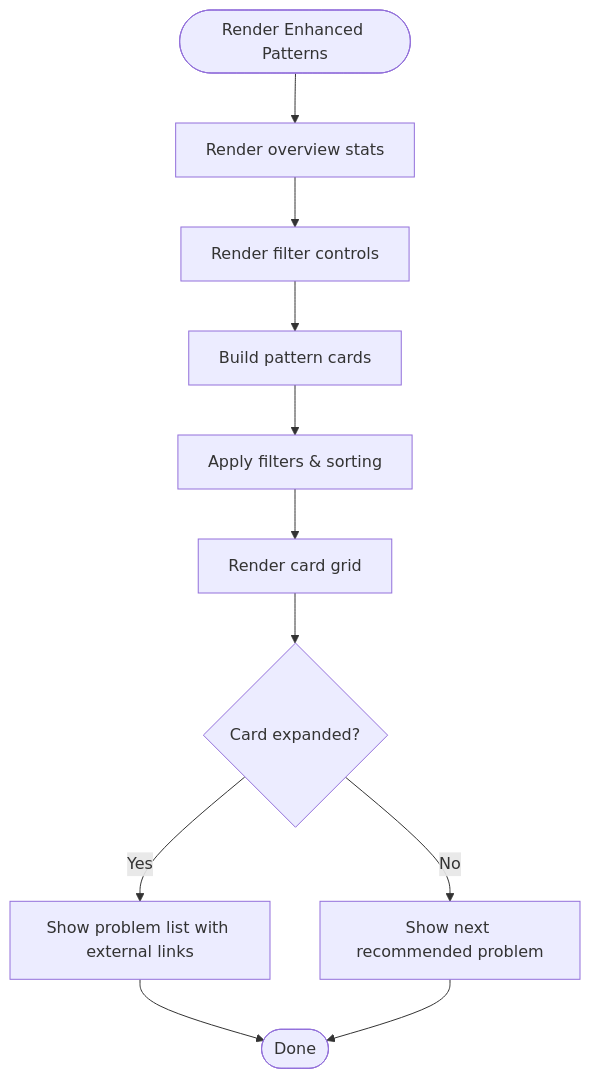
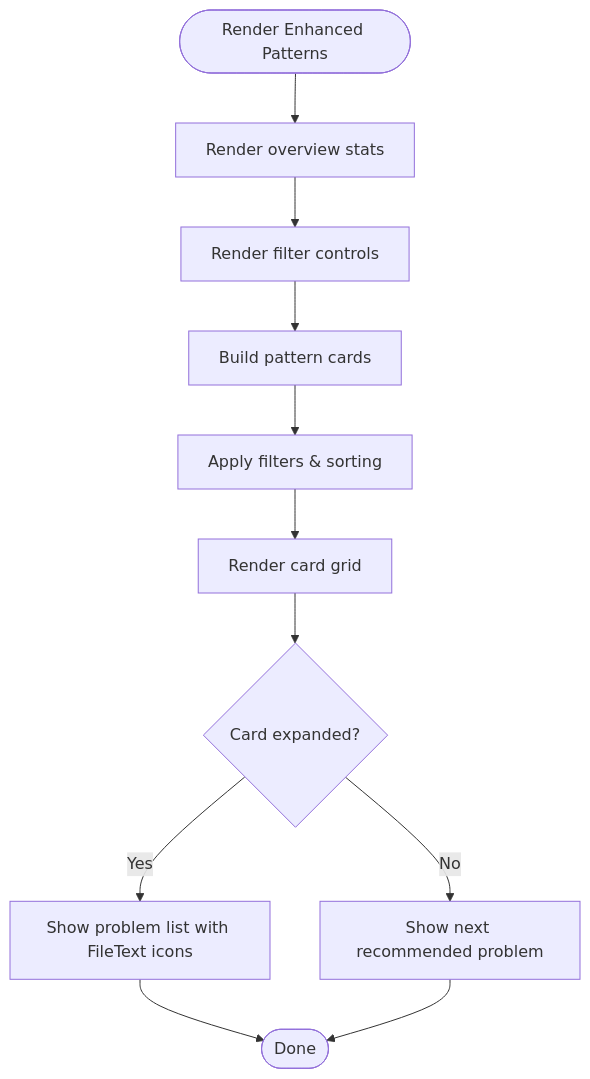
One commit to iamrituraj/DSA-Tracker changed the fourth of 10 diagrams in .qoder/repowiki/en/content/Frontend Application/Patterns Component.md. Above: the diagram before and after it, drawn with Mermaid. The commit also changed other lines of this file and 21 other files, not shown here.

````diff
--- a/.qoder/repowiki/en/content/Frontend Application/Patterns Component.md
+++ b/.qoder/repowiki/en/content/Frontend Application/Patterns Component.md
@@ -145,13 +143,13 @@
 ```mermaid
 flowchart TD
 PStart(["Render Enhanced Patterns"]) --> Overview["Render overview stats"]
 Overview --> Filters["Render filter controls"]
 Filters --> Cards["Build pattern cards"]
 Cards --> Visible["Apply filters & sorting"]
 Visible --> Grid["Render card grid"]
 Grid --> Expand{"Card expanded?"}
-Expand --> |Yes| Details["Show problem list with external links"]
+Expand --> |Yes| Details["Show problem list with FileText icons"]
 Expand --> |No| NextUp["Show next recommended problem"]
 Details --> End(["Done"])
 NextUp --> End
 ```
````
